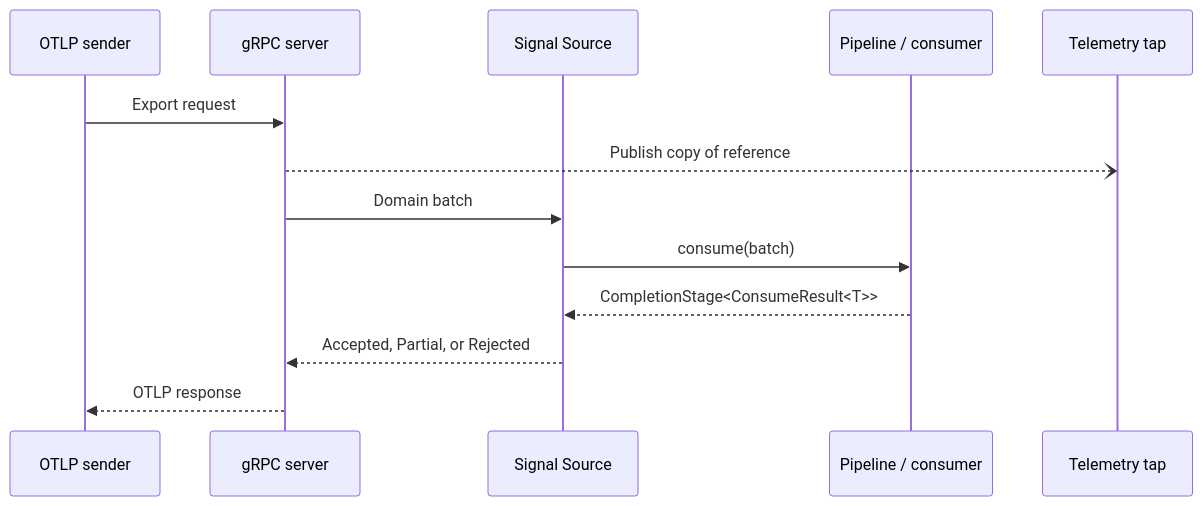
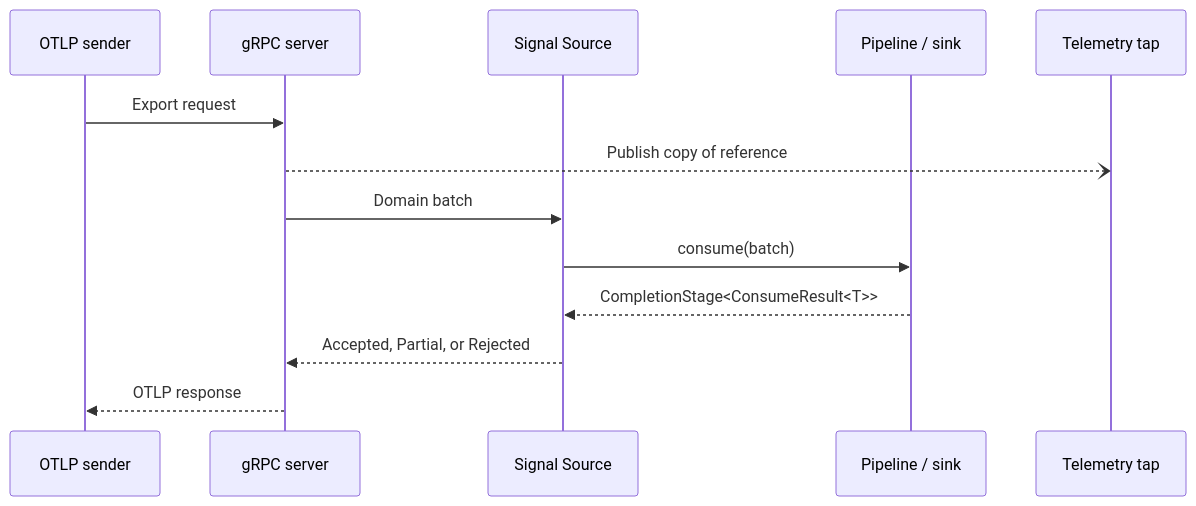
The second of 2 diagrams in docs/architecture.md (thiagogcm/otlp4j), drawn with Mermaid before and after one commit. The commit also changed other lines of this file and 7 other files, not shown here.

````diff
--- a/docs/architecture.md
+++ b/docs/architecture.md
@@ -27,16 +31,16 @@
 ```mermaid
 sequenceDiagram
     participant Sender as OTLP sender
     participant Server as gRPC server
     participant Source as Signal Source
-    participant Consumer as Pipeline / consumer
+    participant Sink as Pipeline / sink
     participant Tap as Telemetry tap
 
     Sender->>Server: Export request
     Server--)Tap: Publish copy of reference
     Server->>Source: Domain batch
-    Source->>Consumer: consume(batch)
-    Consumer-->>Source: CompletionStage<ConsumeResult<T>>
+    Source->>Sink: consume(batch)
+    Sink-->>Source: CompletionStage<ConsumeResult<T>>
     Source-->>Server: Accepted, Partial, or Rejected
     Server-->>Sender: OTLP response
 ```
````
